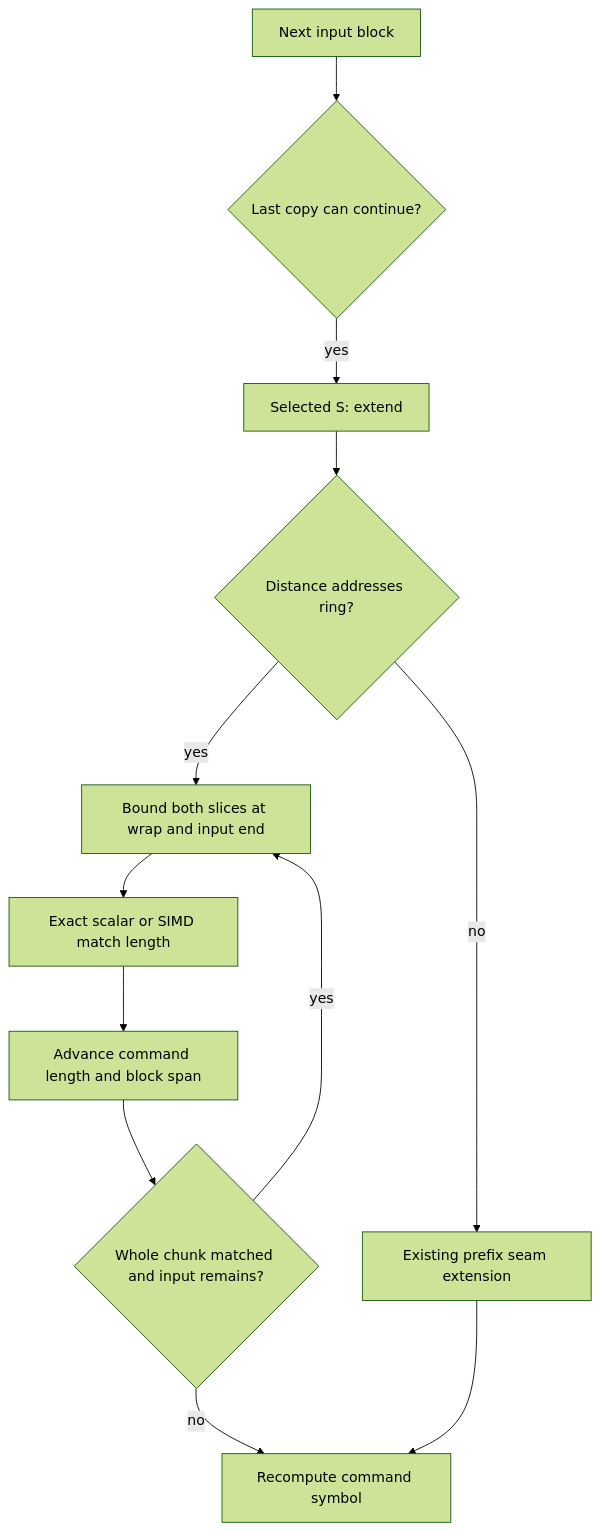
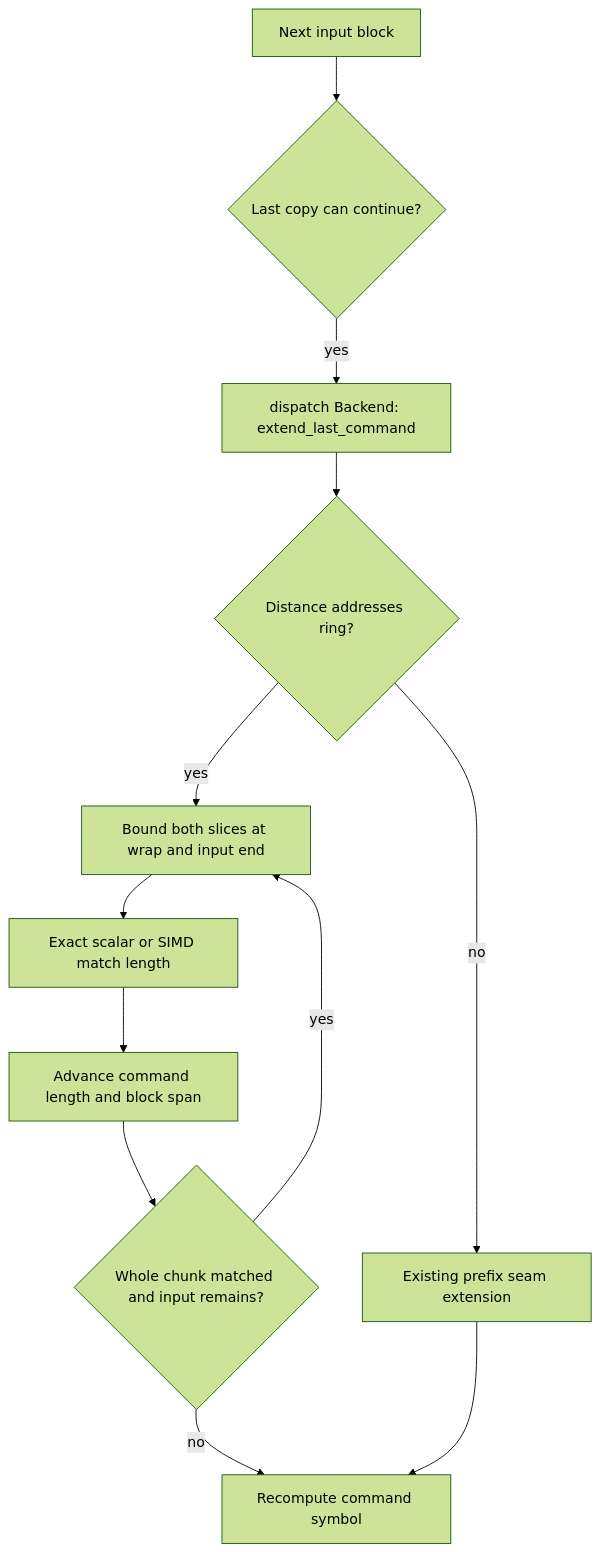
Before and after one commit to M-Compressors/mbrotli: the sixth of 11 diagrams in architecture/encoder-workspace.md, drawn with Mermaid (forest theme). The commit also changed other lines of this file and 22 other files, not shown here.

````diff
--- a/architecture/encoder-workspace.md
+++ b/architecture/encoder-workspace.md
@@ -159,14 +159,14 @@
 ```mermaid
 flowchart TD
     Block[Next input block] --> Eligible{Last copy can continue?}
-    Eligible -->|yes| Kernel[Selected S: extend]
+    Eligible -->|yes| Kernel[dispatch Backend: extend_last_command]
     Kernel --> Source{Distance addresses ring?}
     Source -->|yes| Bound[Bound both slices at wrap and input end]
     Bound --> Scan[Exact scalar or SIMD match length]
     Scan --> Advance[Advance command length and block span]
     Advance --> More{Whole chunk matched and input remains?}
     More -->|yes| Bound
     More -->|no| Symbol[Recompute command symbol]
     Source -->|no| Prefix[Existing prefix seam extension]
     Prefix --> Symbol
 ```
````
